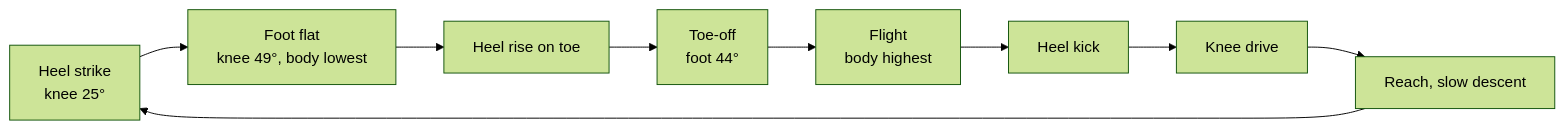
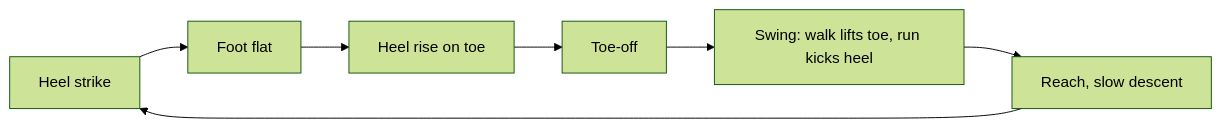
Before and after one commit to pilniczek/colony2080: the second of 3 diagrams in docs/superpowers/specs/2026-10-17-colony2080-design.md, drawn with Mermaid (forest theme). The commit also changed other lines of this file and 1 other file, not shown here.

First line of the commit message:
Move walk onto gait engine and tighten jump leap poses

````diff
--- a/docs/superpowers/specs/2026-10-17-colony2080-design.md
+++ b/docs/superpowers/specs/2026-10-17-colony2080-design.md
@@ -98,11 +105,9 @@
 ```mermaid
 flowchart LR
-  A[Heel strike<br/>knee 25°] --> B[Foot flat<br/>knee 49°, body lowest]
+  A[Heel strike] --> B[Foot flat]
   B --> C[Heel rise on toe]
-  C --> D[Toe-off<br/>foot 44°]
-  D --> E[Flight<br/>body highest]
-  E --> F[Heel kick]
-  F --> G[Knee drive]
-  G --> H[Reach, slow descent]
-  H --> A
+  C --> D[Toe-off]
+  D --> E[Swing: walk lifts toe, run kicks heel]
+  E --> F[Reach, slow descent]
+  F --> A
 ```
````
